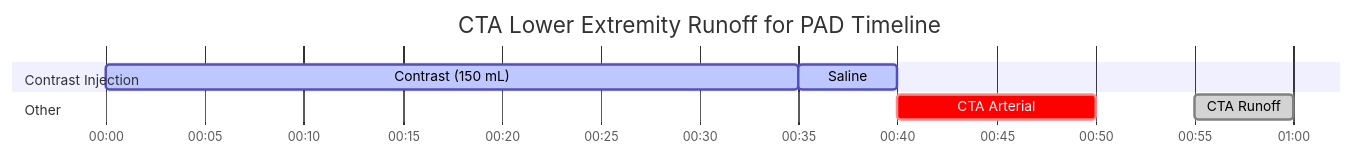
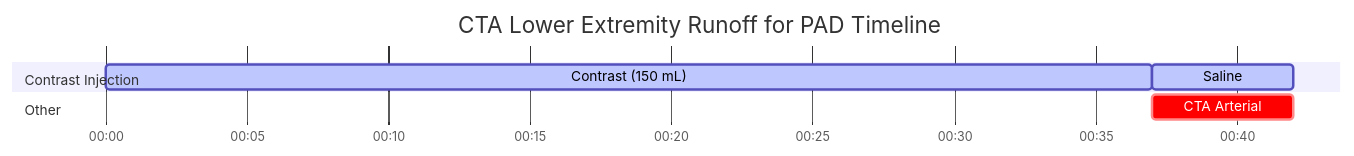
Before and after one commit to dfergs93/radiology-protocols: the diagram in docs/ct/vascular/cta-lower-extremity-runoff-for-pad.md, drawn with Mermaid. The commit also changed other lines of this file and 85 other files, not shown here.

Commit message:
Regenerate protocol markdown files with acquisition-diagram placeholder

````diff
--- a/docs/ct/vascular/cta-lower-extremity-runoff-for-pad.md
+++ b/docs/ct/vascular/cta-lower-extremity-runoff-for-pad.md
@@ -88,19 +85,18 @@
   ```mermaid
   ---
   displayMode: compact
   config:
     theme: default
     themeCSS: " #Saline{ fill: #4ed5ff; stroke: #2094f3; } "
   ---
     gantt
       title CTA Lower Extremity Runoff for PAD Timeline
       dateFormat mm:ss
       axisFormat %M:%S 
       
       section Contrast Injection
-      Contrast (150 mL)    :active, contrast, 00:00, 35s
+      Contrast (150 mL)    :active, contrast, 00:00, 37s
       Saline          :active, saline, after contrast, 5s
       section Other
-      CTA Arterial    :crit, scan1, after saline, 10s
-      CTA Runoff    :done, scan2, 00:55, 5s
+      CTA Arterial    :crit, scan1, after contrast, 5s
   ```
````
